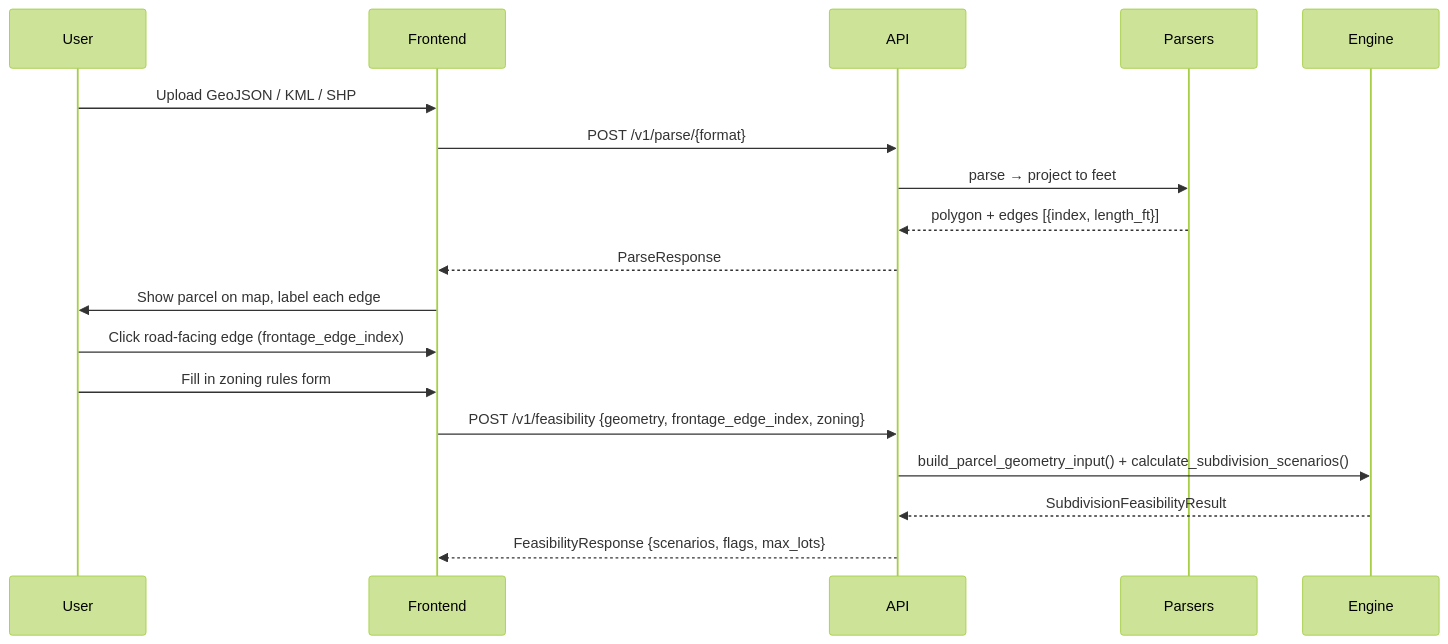
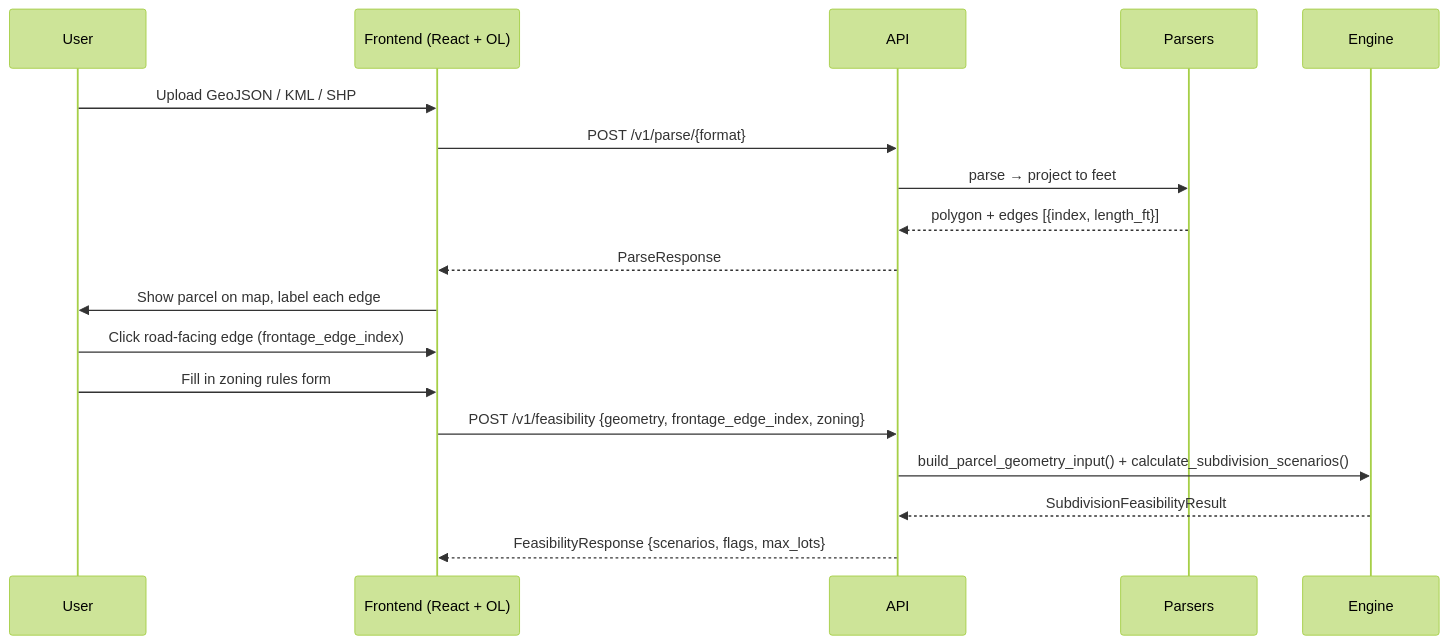
The second of 6 diagrams in docs/architecture.md (hartc17/lot-split-feasibility), drawn with Mermaid (forest theme) before and after one commit. The commit also changed other lines of this file and 15 other files, not shown here.

````diff
--- a/docs/architecture.md
+++ b/docs/architecture.md
@@ -89,23 +89,23 @@
 ```mermaid
 sequenceDiagram
     participant User
-    participant Frontend
+    participant Frontend as Frontend (React + OL)
     participant API
     participant Parsers
     participant Engine
 
     User->>Frontend: Upload GeoJSON / KML / SHP
     Frontend->>API: POST /v1/parse/{format}
     API->>Parsers: parse → project to feet
     Parsers-->>API: polygon + edges [{index, length_ft}]
     API-->>Frontend: ParseResponse
 
     Frontend->>User: Show parcel on map, label each edge
     User->>Frontend: Click road-facing edge (frontage_edge_index)
     User->>Frontend: Fill in zoning rules form
 
     Frontend->>API: POST /v1/feasibility {geometry, frontage_edge_index, zoning}
     API->>Engine: build_parcel_geometry_input() + calculate_subdivision_scenarios()
     Engine-->>API: SubdivisionFeasibilityResult
     API-->>Frontend: FeasibilityResponse {scenarios, flags, max_lots}
 ```
````
